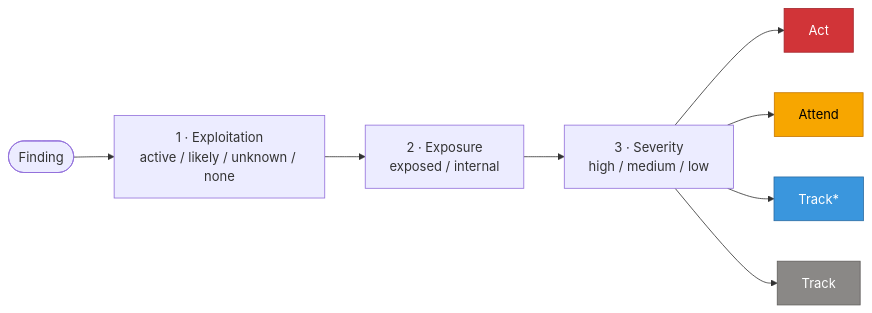
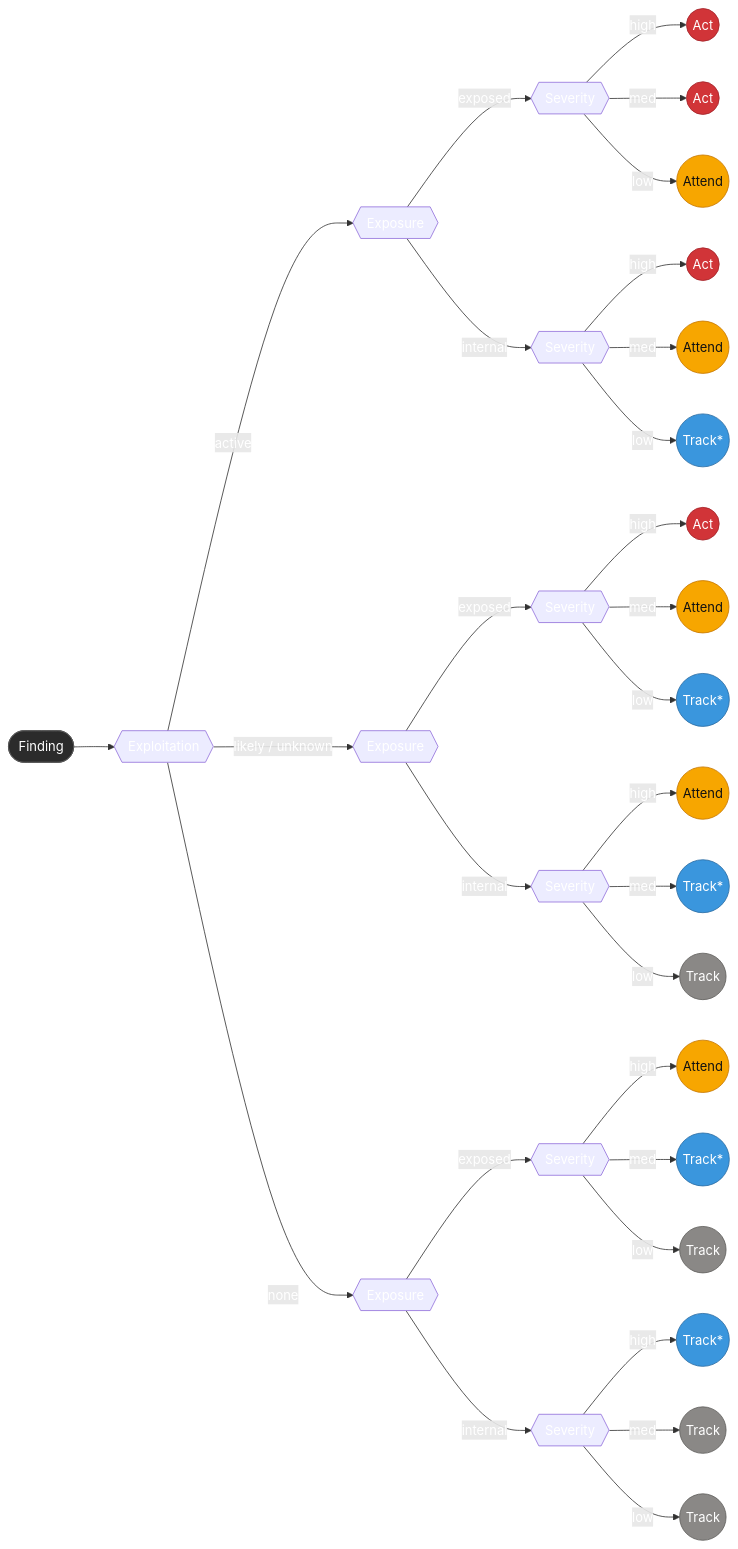
Before and after one commit to INARI18/MulitaMiner2: the diagram in docs/PRIORITIZATION.md, drawn with Mermaid. The commit also changed other lines of this file, not shown here.

Commit message:
docs: real branching decision tree with distinct colored leaves, no crossings

````diff
--- a/docs/PRIORITIZATION.md
+++ b/docs/PRIORITIZATION.md
@@ -85,15 +85,40 @@
 ```mermaid
 flowchart LR
-    S([Finding]) --> E["1 · Exploitation<br>active / likely / unknown / none"]
-    E --> X["2 · Exposure<br>exposed / internal"]
-    X --> V["3 · Severity<br>high / medium / low"]
-    V --> ACT["Act"]:::act
-    V --> ATT["Attend"]:::att
-    V --> TRS["Track*"]:::trs
-    V --> TRK["Track"]:::trk
+    F([Finding]):::root --> E{{Exploitation}}
 
+    E -->|active| A{{Exposure}}
+    E -->|likely / unknown| L{{Exposure}}
+    E -->|none| N{{Exposure}}
+
+    A -->|exposed| Ae{{Severity}}
+    A -->|internal| Ai{{Severity}}
+    L -->|exposed| Le{{Severity}}
+    L -->|internal| Li{{Severity}}
+    N -->|exposed| Ne{{Severity}}
+    N -->|internal| Ni{{Severity}}
+
+    Ae -->|high| r1((Act)):::act
+    Ae -->|med| r2((Act)):::act
+    Ae -->|low| r3((Attend)):::att
+    Ai -->|high| r4((Act)):::act
+    Ai -->|med| r5((Attend)):::att
+    Ai -->|low| r6(("Track*")):::trs
+    Le -->|high| r7((Act)):::act
+    Le -->|med| r8((Attend)):::att
+    Le -->|low| r9(("Track*")):::trs
+    Li -->|high| r10((Attend)):::att
+    Li -->|med| r11(("Track*")):::trs
+    Li -->|low| r12((Track)):::trk
+    Ne -->|high| r13((Attend)):::att
+    Ne -->|med| r14(("Track*")):::trs
+    Ne -->|low| r15((Track)):::trk
+    Ni -->|high| r16(("Track*")):::trs
+    Ni -->|med| r17((Track)):::trk
+    Ni -->|low| r18((Track)):::trk
+
+    classDef root fill:#2b2b2b,color:#fff,stroke:#555;
     classDef act fill:#d13438,color:#fff,stroke:#a4262c;
-    classDef att fill:#f7a600,color:#000,stroke:#c77700;
+    classDef att fill:#f7a600,color:#111,stroke:#c77700;
     classDef trs fill:#3a96dd,color:#fff,stroke:#2b6ca3;
     classDef trk fill:#8a8886,color:#fff,stroke:#605e5c;
 ```
````
